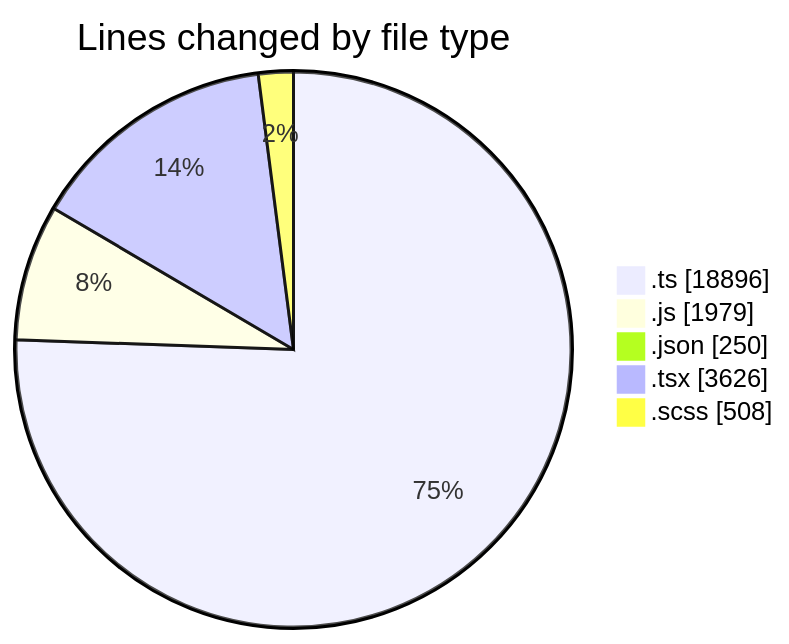
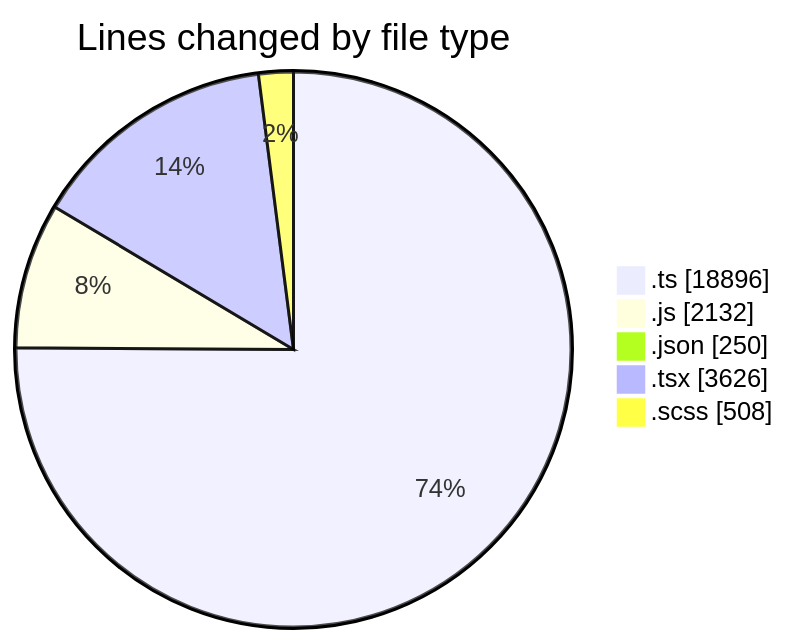
One commit to momahboobian/code-tracking changed the first of 2 diagrams in 2026-06-18/cda/README.md. Above: the diagram before and after it, drawn with Mermaid. The commit also changed other lines of this file and 1 other file, not shown here.

````diff
--- a/2026-06-18/cda/README.md
+++ b/2026-06-18/cda/README.md
@@ -69,9 +70,9 @@
 ```mermaid
 pie showData
 title Lines changed by file type
 ".ts" : 18896
-".js" : 1979
+".js" : 2132
 ".json" : 250
 ".tsx" : 3626
 ".scss" : 508
 ```
````
